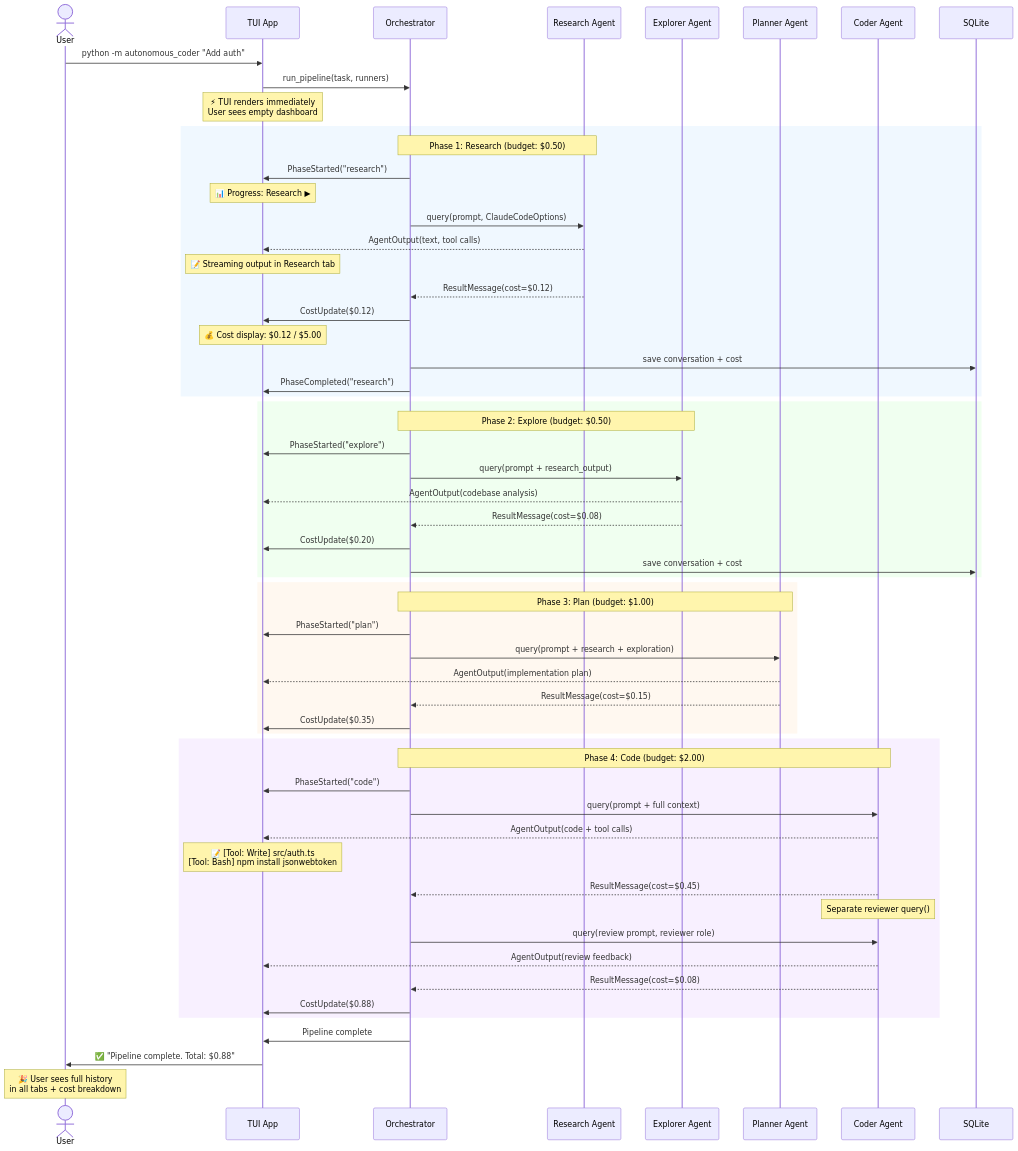
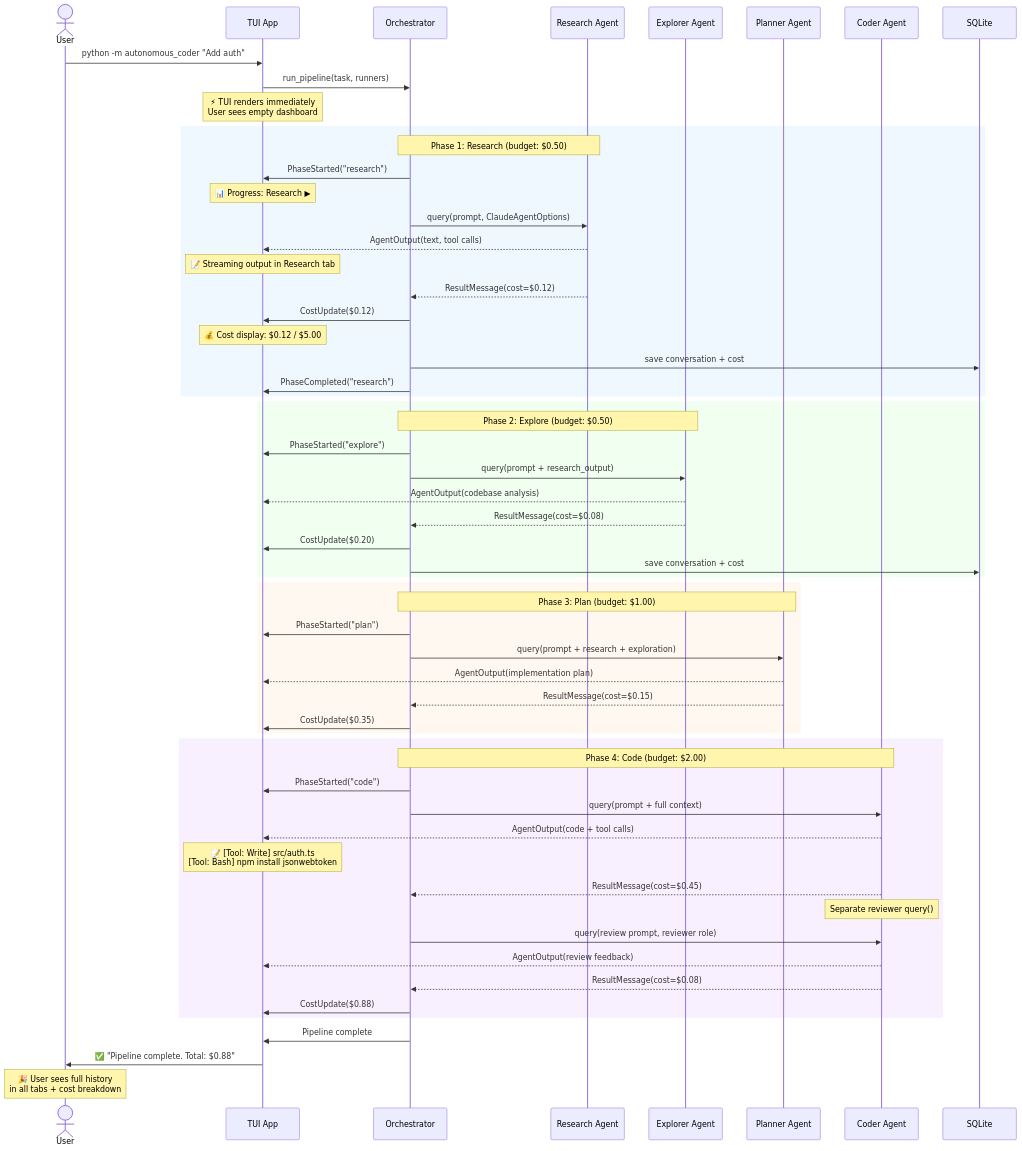
The diagram in ai/diagrams/journeys/sequence-agent-pipeline.md (krzemienski/autonomous-coder), drawn with Mermaid before and after one commit. The commit also changed 13 other files, not shown here.

First line of the commit message:
refactor: migrate from claude-code-sdk to claude-agent-sdk

````diff
--- a/ai/diagrams/journeys/sequence-agent-pipeline.md
+++ b/ai/diagrams/journeys/sequence-agent-pipeline.md
@@ -17,67 +17,67 @@
 ```mermaid
 sequenceDiagram
     actor User
     participant App as TUI App
     participant Orch as Orchestrator
     participant R as Research Agent
     participant E as Explorer Agent
     participant P as Planner Agent
     participant C as Coder Agent
     participant DB as SQLite
 
     User->>App: python -m autonomous_coder "Add auth"
     App->>Orch: run_pipeline(task, runners)
     Note over App: ⚡ TUI renders immediately<br/>User sees empty dashboard
 
     rect rgb(240, 248, 255)
         Note over Orch,R: Phase 1: Research (budget: $0.50)
         Orch->>App: PhaseStarted("research")
         Note over App: 📊 Progress: Research ▶
-        Orch->>R: query(prompt, ClaudeCodeOptions)
+        Orch->>R: query(prompt, ClaudeAgentOptions)
         R-->>App: AgentOutput(text, tool calls)
         Note over App: 📝 Streaming output in Research tab
         R-->>Orch: ResultMessage(cost=$0.12)
         Orch->>App: CostUpdate($0.12)
         Note over App: 💰 Cost display: $0.12 / $5.00
         Orch->>DB: save conversation + cost
         Orch->>App: PhaseCompleted("research")
     end
 
     rect rgb(240, 255, 240)
         Note over Orch,E: Phase 2: Explore (budget: $0.50)
         Orch->>App: PhaseStarted("explore")
         Orch->>E: query(prompt + research_output)
         E-->>App: AgentOutput(codebase analysis)
         E-->>Orch: ResultMessage(cost=$0.08)
         Orch->>App: CostUpdate($0.20)
         Orch->>DB: save conversation + cost
     end
 
     rect rgb(255, 248, 240)
         Note over Orch,P: Phase 3: Plan (budget: $1.00)
         Orch->>App: PhaseStarted("plan")
         Orch->>P: query(prompt + research + exploration)
         P-->>App: AgentOutput(implementation plan)
         P-->>Orch: ResultMessage(cost=$0.15)
         Orch->>App: CostUpdate($0.35)
     end
 
     rect rgb(248, 240, 255)
         Note over Orch,C: Phase 4: Code (budget: $2.00)
         Orch->>App: PhaseStarted("code")
         Orch->>C: query(prompt + full context)
         C-->>App: AgentOutput(code + tool calls)
         Note over App: 📝 [Tool: Write] src/auth.ts<br/>[Tool: Bash] npm install jsonwebtoken
         C-->>Orch: ResultMessage(cost=$0.45)
 
         Note over C: Separate reviewer query()
         Orch->>C: query(review prompt, reviewer role)
         C-->>App: AgentOutput(review feedback)
         C-->>Orch: ResultMessage(cost=$0.08)
         Orch->>App: CostUpdate($0.88)
     end
 
     Orch->>App: Pipeline complete
     App->>User: ✅ "Pipeline complete. Total: $0.88"
     Note over User: 🎉 User sees full history<br/>in all tabs + cost breakdown
 ```
````
